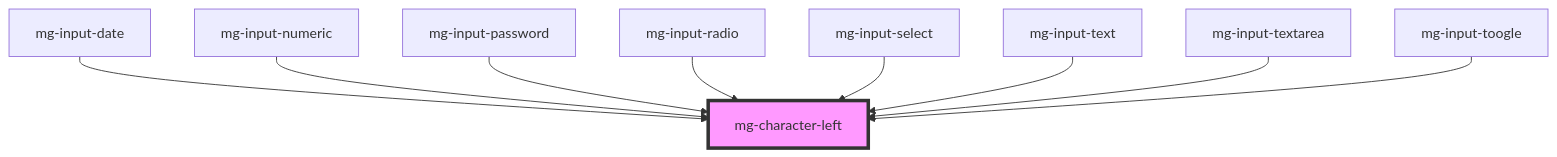
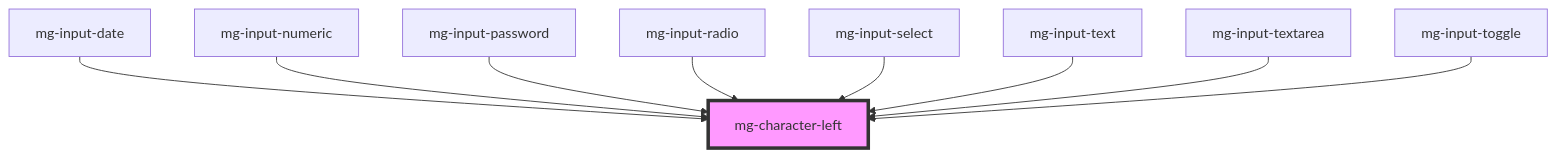
One commit to MGDIS/mg-components changed the diagram in src/components/atoms/mg-character-left/readme.md. Above: the diagram before and after it, drawn with Mermaid. The commit also changed other lines of this file and 49 other files, not shown here.

First line of the commit message:
feat(mgToogle): add mg-input-toggle states style

````diff
--- a/src/components/atoms/mg-character-left/readme.md
+++ b/src/components/atoms/mg-character-left/readme.md
@@ -30,12 +30,12 @@
 ```mermaid
 graph TD;
   mg-input-date --> mg-character-left
   mg-input-numeric --> mg-character-left
   mg-input-password --> mg-character-left
   mg-input-radio --> mg-character-left
   mg-input-select --> mg-character-left
   mg-input-text --> mg-character-left
   mg-input-textarea --> mg-character-left
-  mg-input-toogle --> mg-character-left
+  mg-input-toggle --> mg-character-left
   style mg-character-left fill:#f9f,stroke:#333,stroke-width:4px
 ```
````
